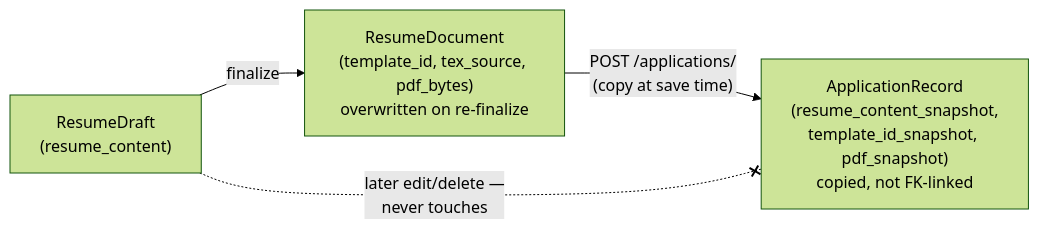
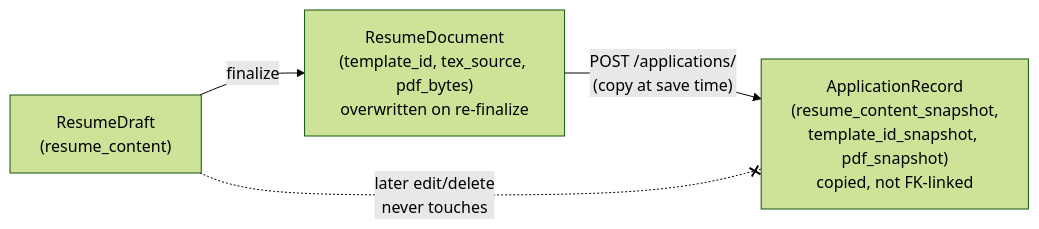
One commit to Nachiket-2024/manifest-cv changed the diagram in docs/app/applications/overview.md. Above: the diagram before and after it, drawn with Mermaid (forest theme). The commit also changed other lines of this file and 507 other files, not shown here.

````diff
--- a/docs/app/applications/overview.md
+++ b/docs/app/applications/overview.md
@@ -17,10 +19,10 @@
 ```mermaid
 flowchart LR
     Draft["ResumeDraft<br/>(resume_content)"]
     Document["ResumeDocument<br/>(template_id, tex_source, pdf_bytes)<br/>overwritten on re-finalize"]
     Application["ApplicationRecord<br/>(resume_content_snapshot,<br/>template_id_snapshot, pdf_snapshot)<br/>copied, not FK-linked"]
 
     Draft -- finalize --> Document
     Document -- "POST /applications/<br/>(copy at save time)" --> Application
-    Draft -. "later edit/delete —<br/>never touches" .-x Application
+    Draft -. "later edit/delete<br/>never touches" .-x Application
 ```
````
